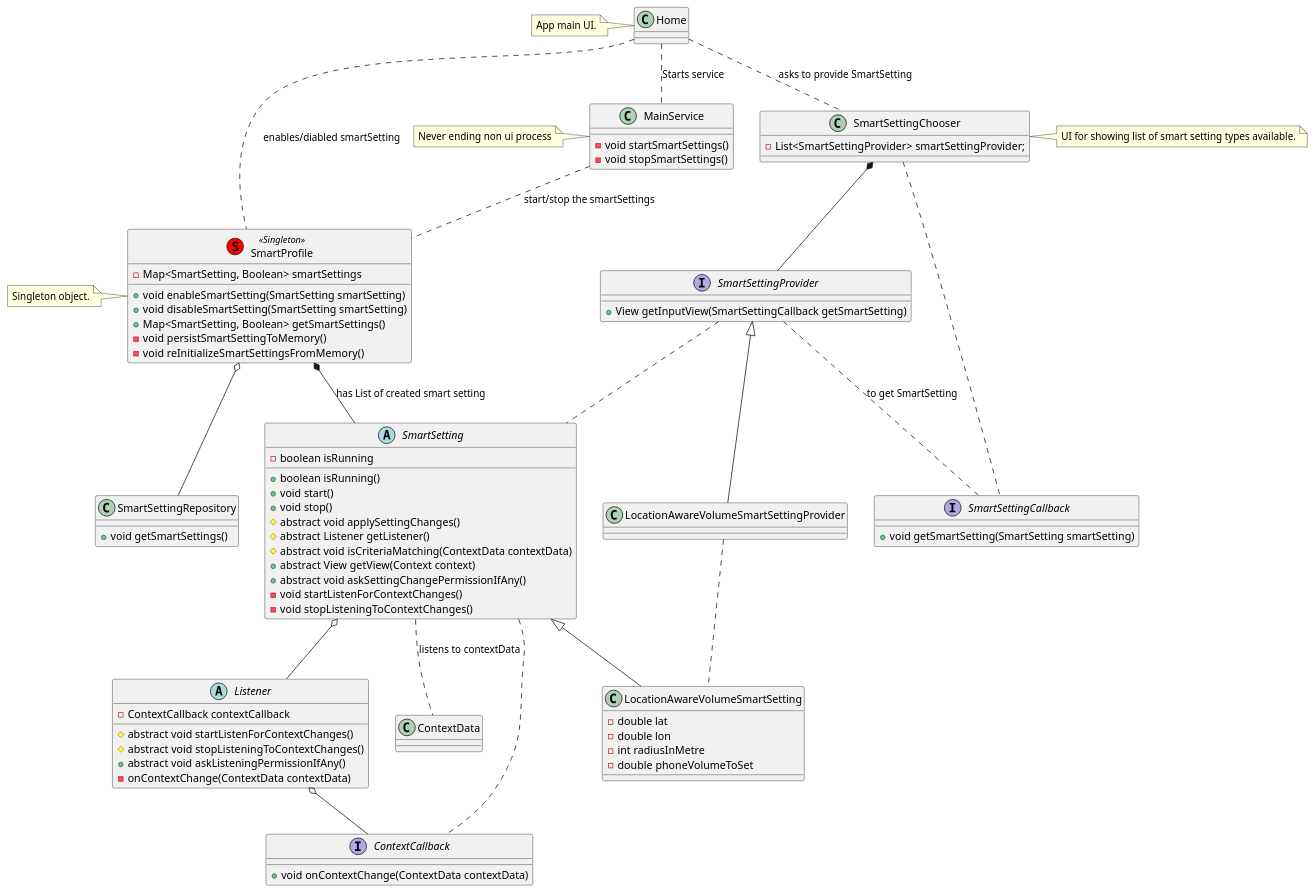
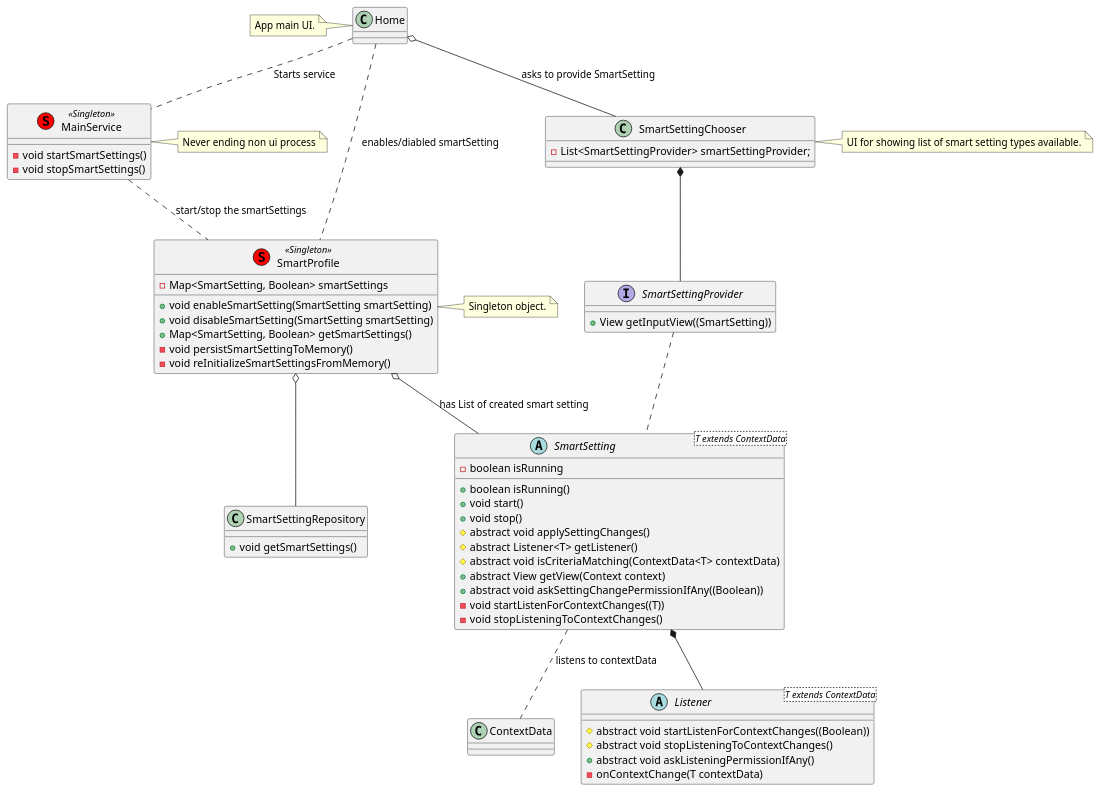
One commit to praslnx8/SmartSettings changed the diagram in MDD/class_diagram.puml. Above: the diagram before and after it, drawn with PlantUML. The commit also changed 16 other files, not shown here.

Commit message:
Updated class diagram. Restructured models based on class diagram

```diff
--- a/MDD/class_diagram.puml
+++ b/MDD/class_diagram.puml
@@ -1,129 +1,94 @@
 @startuml
 
 class ContextData {
 
 }
 
-abstract class SmartSetting {
+abstract class SmartSetting<T extends ContextData> {
     - boolean isRunning
     + boolean isRunning()
     + void start()
     + void stop()
     # abstract void applySettingChanges()
-    # abstract Listener getListener()
-    # abstract void isCriteriaMatching(ContextData contextData)
+    # abstract Listener<T> getListener()
+    # abstract void isCriteriaMatching(ContextData<T> contextData)
     + abstract View getView(Context context)
-    + abstract void askSettingChangePermissionIfAny()
-    - void startListenForContextChanges()
+    + abstract void askSettingChangePermissionIfAny((Boolean))
+    - void startListenForContextChanges((T))
     - void stopListeningToContextChanges()
 }
 
-interface ContextCallback {
-    + void onContextChange(ContextData contextData)
+abstract class Listener<T extends ContextData> {
+    # abstract void startListenForContextChanges((Boolean))
+    # abstract void stopListeningToContextChanges()
+    + abstract void askListeningPermissionIfAny()
+    - onContextChange(T contextData)
 }
 
-abstract class Listener {
-    - ContextCallback contextCallback
-    # abstract void startListenForContextChanges()
-    # abstract void stopListeningToContextChanges()
-    + abstract void askListeningPermissionIfAny()
-    - onContextChange(ContextData contextData)
-}
-
-Listener o-- ContextCallback
-
-SmartSetting .. ContextCallback
-
-SmartSetting o-- Listener
+SmartSetting *-- Listener
 
 SmartSetting .. ContextData : listens to contextData
 
 interface SmartSettingProvider {
-    + View getInputView(SmartSettingCallback getSmartSetting)
+    + View getInputView((SmartSetting))
 }
-
-interface SmartSettingCallback {
-    + void getSmartSetting(SmartSetting smartSetting)
-}
-
-
-SmartSettingProvider .. SmartSettingCallback : to get SmartSetting
-
-SmartSettingChooser .. SmartSettingCallback
 
 SmartSettingProvider .. SmartSetting
 
 class SmartProfile <<(S,red) Singleton>> {
     - Map<SmartSetting, Boolean> smartSettings
     + void enableSmartSetting(SmartSetting smartSetting)
     + void disableSmartSetting(SmartSetting smartSetting)
     + Map<SmartSetting, Boolean> getSmartSettings()
     - void persistSmartSettingToMemory()
     - void reInitializeSmartSettingsFromMemory()
 }
 
-note left of SmartProfile
+note right of SmartProfile
 Singleton object.
 end note
 
-SmartProfile *-- SmartSetting : has List of created smart setting
+SmartProfile o-- SmartSetting : has List of created smart setting
 
 class SmartSettingChooser {
     - List<SmartSettingProvider> smartSettingProvider;
 }
 
 note right of SmartSettingChooser
 UI for showing list of smart setting types available.
 end note
 
 SmartSettingChooser *-- SmartSettingProvider
 
 
 class Home {
 
 }
 
 note left of Home {
     App main UI.
 }
 
 Home .. SmartProfile : enables/diabled smartSetting
-Home .. SmartSettingChooser : asks to provide SmartSetting
+Home o-- SmartSettingChooser : asks to provide SmartSetting
 
-class MainService {
+class MainService<<(S,red) Singleton>> {
     - void startSmartSettings()
     - void stopSmartSettings()
 }
 
 note left of MainService
 Never ending non ui process
 end note
 
 MainService .. SmartProfile : start/stop the smartSettings
 
 Home .. MainService : Starts service
 
-
-class LocationAwareVolumeSmartSetting {
-    - double lat
-    - double lon
-    - int radiusInMetre
-    - double phoneVolumeToSet
-}
-
-SmartSetting <|-- LocationAwareVolumeSmartSetting
-
-class LocationAwareVolumeSmartSettingProvider {
-}
-
-SmartSettingProvider <|-- LocationAwareVolumeSmartSettingProvider
-
-LocationAwareVolumeSmartSettingProvider .. LocationAwareVolumeSmartSetting
-
 class SmartSettingRepository {
     + void getSmartSettings()
 }
 
 SmartProfile o-- SmartSettingRepository
 
 @enduml
```
